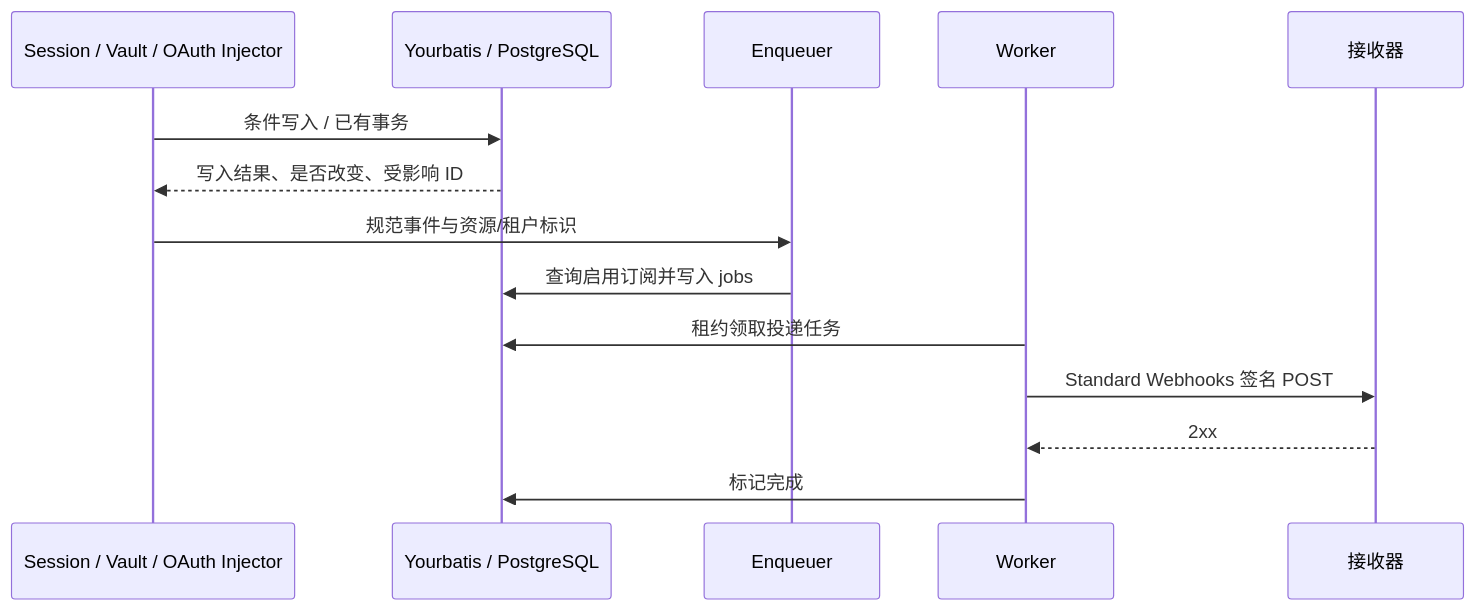
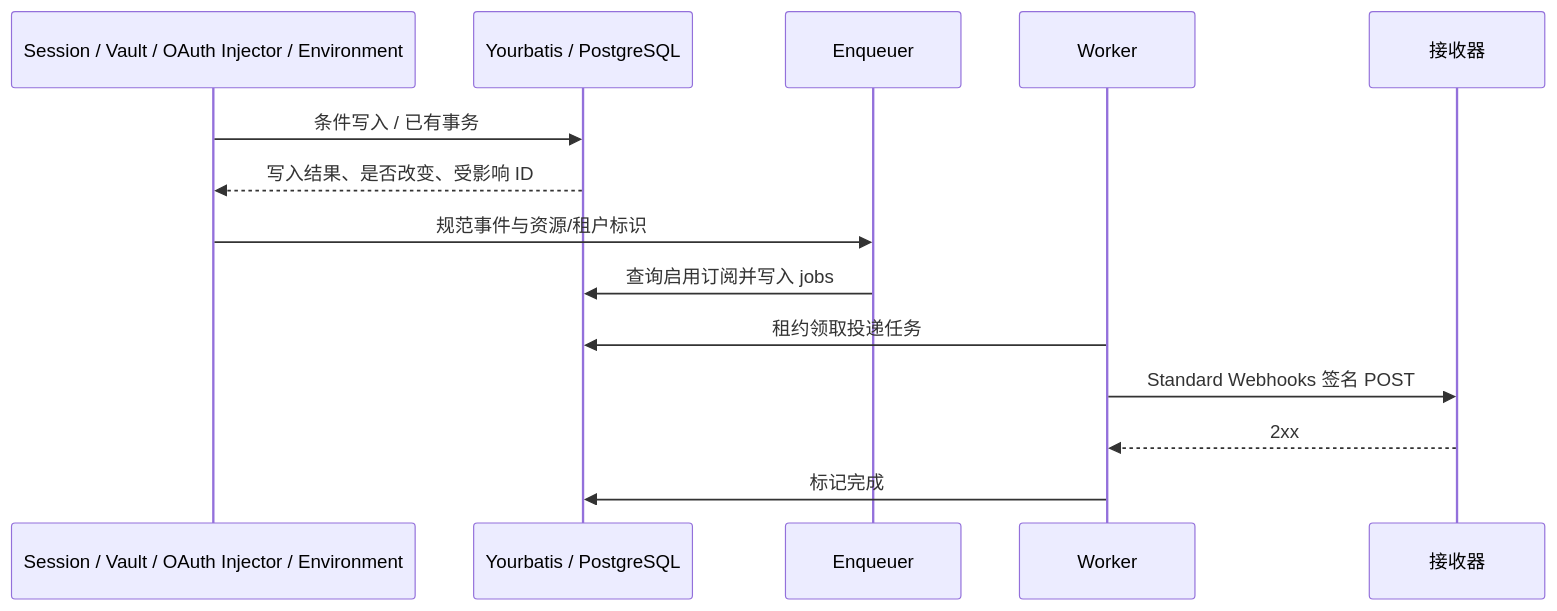
Before and after one commit to superduck-ai/open-managed-agents: the third of 3 diagrams in docs/design/webhook-subscriptions.md, drawn with Mermaid. The commit also changed other lines of this file and 18 other files, not shown here.

````diff
--- a/docs/design/webhook-subscriptions.md
+++ b/docs/design/webhook-subscriptions.md
@@ -104,16 +104,16 @@
 ```mermaid
 sequenceDiagram
-    participant Resource as Session / Vault / OAuth Injector
+    participant Resource as Session / Vault / OAuth Injector / Environment
     participant DB as Yourbatis / PostgreSQL
     participant Enqueuer
     participant Worker
     participant Receiver as 接收器
     Resource->>DB: 条件写入 / 已有事务
     DB-->>Resource: 写入结果、是否改变、受影响 ID
     Resource->>Enqueuer: 规范事件与资源/租户标识
     Enqueuer->>DB: 查询启用订阅并写入 jobs
     Worker->>DB: 租约领取投递任务
     Worker->>Receiver: Standard Webhooks 签名 POST
     Receiver-->>Worker: 2xx
     Worker->>DB: 标记完成
 ```
````
